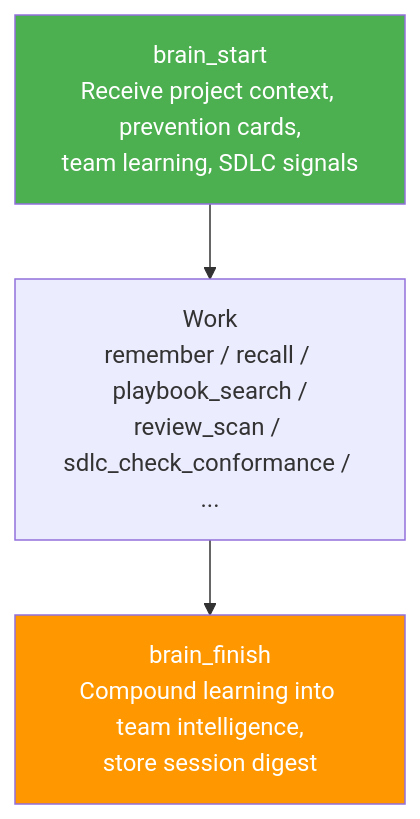
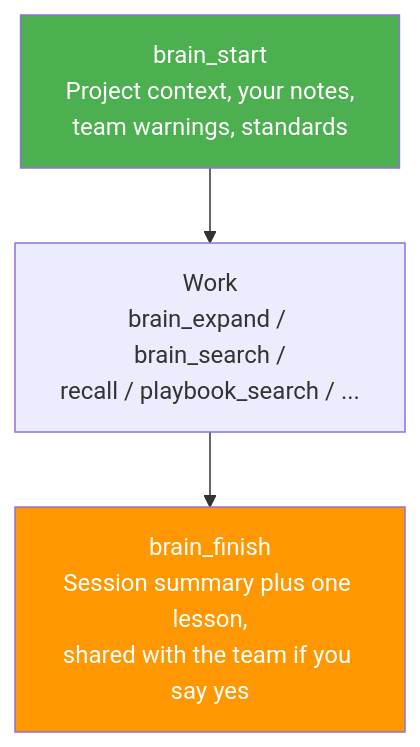
Before and after one commit to PlainsightPro/Vision-Playbook: the second of 2 diagrams in docs/technical-guidelines/plainsight-ai/agentic-development/plainsight-brain.md, drawn with Mermaid. The commit also changed other lines of this file and 1 other file, not shown here.

First line of the commit message:
Refresh Claude Code Brain guide and cross-link with AI-native page (#64)

````diff
--- a/docs/technical-guidelines/plainsight-ai/agentic-development/plainsight-brain.md
+++ b/docs/technical-guidelines/plainsight-ai/agentic-development/plainsight-brain.md
@@ -68,8 +77,8 @@
 ```mermaid
 %%{init: { "flowchart": { "useMaxWidth": true } } }%%
 flowchart TD
-    A["brain_start\nReceive project context, prevention cards,\nteam learning, SDLC signals"] --> B["Work\nremember / recall / playbook_search /\nreview_scan / sdlc_check_conformance / ..."]
-    B --> C["brain_finish\nCompound learning into team intelligence,\nstore session digest"]
+    A["brain_start<br/>Project context, your notes,<br/>team warnings, standards"] --> B["Work<br/>brain_expand / brain_search /<br/>recall / playbook_search / ..."]
+    B --> C["brain_finish<br/>Session summary plus one lesson,<br/>shared with the team if you say yes"]
     style A fill:#4CAF50,color:#fff
     style C fill:#FF9800,color:#fff
 ```
````
